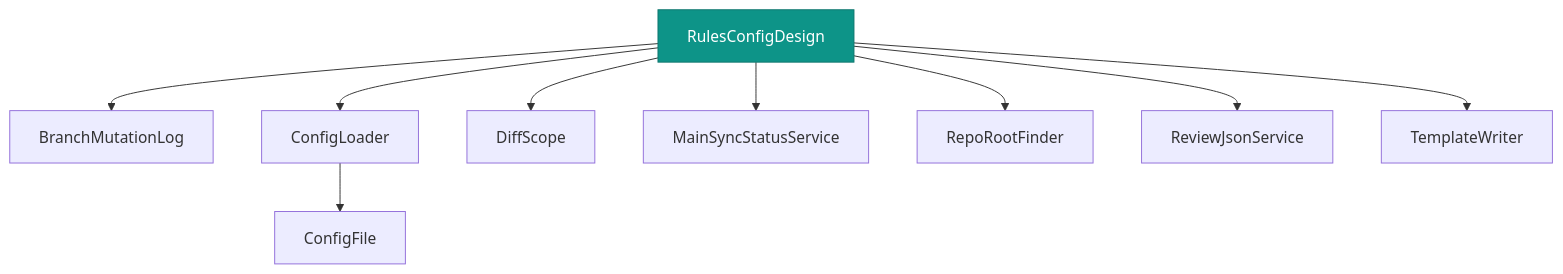
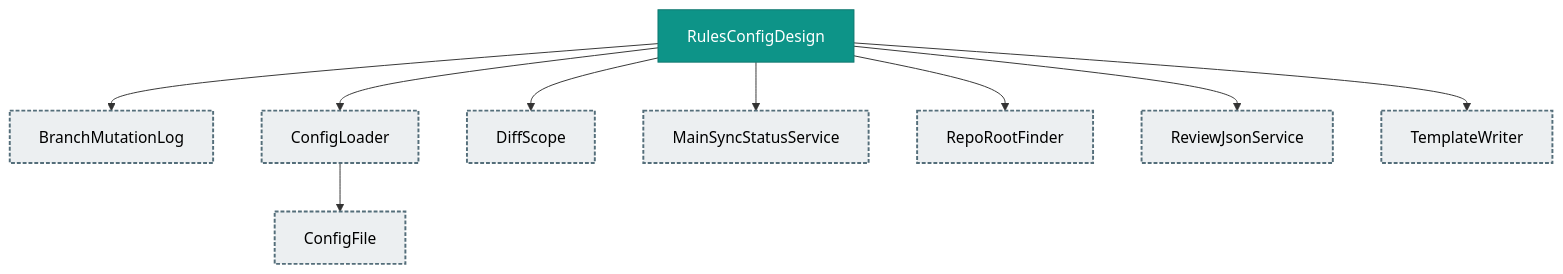
Before and after one commit to deanhiller/webpieces-ts: the diagram in packages/tooling/rules-config/design.md, drawn with Mermaid. The commit also changed 71 other files, not shown here.

First line of the commit message:
Phase 3: migrate tooling to @injectable(Singleton) + autobind; teach DI-graph analyzer the @injectable scope arg (#405)

````diff
--- a/packages/tooling/rules-config/design.md
+++ b/packages/tooling/rules-config/design.md
@@ -13,27 +13,27 @@
 ```mermaid
 graph TD
-    BranchMutationLog["BranchMutationLog"]
-    ConfigFile["ConfigFile"]
-    ConfigLoader["ConfigLoader"]
-    DiffScope["DiffScope"]
-    MainSyncStatusService["MainSyncStatusService"]
-    RepoRootFinder["RepoRootFinder"]
-    ReviewJsonService["ReviewJsonService"]
+    BranchMutationLog["BranchMutationLog"]:::many
+    ConfigFile["ConfigFile"]:::many
+    ConfigLoader["ConfigLoader"]:::many
+    DiffScope["DiffScope"]:::many
+    MainSyncStatusService["MainSyncStatusService"]:::many
+    RepoRootFinder["RepoRootFinder"]:::many
+    ReviewJsonService["ReviewJsonService"]:::many
     RulesConfigDesign["RulesConfigDesign"]:::apiImpl
-    TemplateWriter["TemplateWriter"]
+    TemplateWriter["TemplateWriter"]:::many
     ConfigLoader --> ConfigFile
     RulesConfigDesign --> BranchMutationLog
     RulesConfigDesign --> ConfigLoader
     RulesConfigDesign --> DiffScope
     RulesConfigDesign --> MainSyncStatusService
     RulesConfigDesign --> RepoRootFinder
     RulesConfigDesign --> ReviewJsonService
     RulesConfigDesign --> TemplateWriter
     classDef controller fill:#1f6feb,color:#ffffff,stroke:#0d419d
     classDef apiImpl fill:#0d9488,color:#ffffff,stroke:#0f766e
     classDef component fill:#2da44e,color:#ffffff,stroke:#1a7f37
     classDef unresolved fill:#f0ad4e,color:#000000,stroke:#b8860b,stroke-dasharray: 5 5
     classDef external fill:#b39ddb,color:#000000,stroke:#5e35b1,stroke-width:3px
     classDef api fill:#4fc3f7,color:#000000,stroke:#0277bd,stroke-width:3px
     classDef many fill:#eceff1,color:#000000,stroke:#546e7a,stroke-width:2px,stroke-dasharray: 4 2
 ```
````
